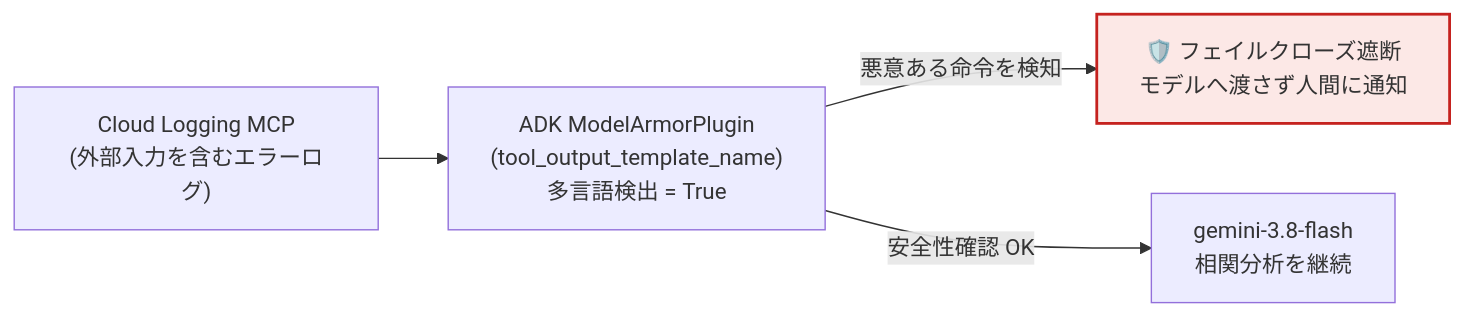
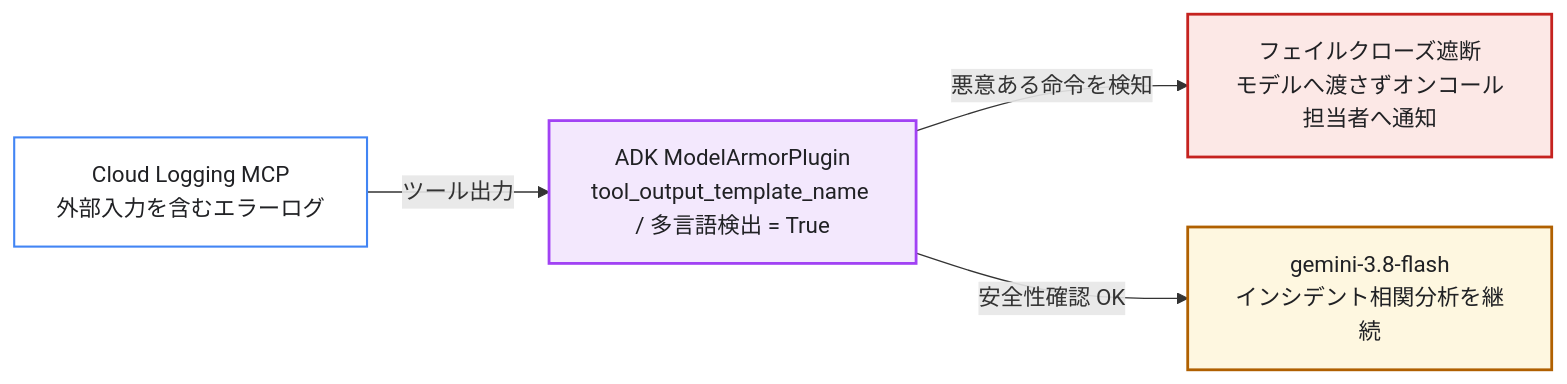
The second of 2 diagrams in docs/06-optional-hardening-and-cleanup.md (tyorikan/agentic-sre-handson), drawn with Mermaid before and after one commit. The commit also changed other lines of this file and 26 other files, not shown here.

Commit message:
docs: プロダクトアイコン付き構成図・シーケンス図 PNG (全19図) の追加と折りたたみ Mermaid 定義の精緻化

````diff
--- a/docs/06-optional-hardening-and-cleanup.md
+++ b/docs/06-optional-hardening-and-cleanup.md
@@ -60,8 +75,15 @@
 ```mermaid
 flowchart LR
-    LogTool["Cloud Logging MCP<br/>(外部入力を含むエラーログ)"] --> Plugin["ADK ModelArmorPlugin<br/>(tool_output_template_name)<br/>多言語検出 = True"]
-    Plugin -->|"悪意ある命令を検知"| Block["🛡️ フェイルクローズ遮断<br/>モデルへ渡さず人間に通知"]
-    Plugin -->|"安全性確認 OK"| Model["gemini-3.8-flash<br/>相関分析を継続"]
+    LogTool["Cloud Logging MCP<br/>外部入力を含むエラーログ"] -->|"ツール出力"| Plugin["ADK ModelArmorPlugin<br/>tool_output_template_name / 多言語検出 = True"]
+    Plugin -->|"悪意ある命令を検知"| Block["フェイルクローズ遮断<br/>モデルへ渡さずオンコール担当者へ通知"]
+    Plugin -->|"安全性確認 OK"| Model["gemini-3.8-flash<br/>インシデント相関分析を継続"]
 
-    style Block fill:#fce8e6,stroke:#c5221f,stroke-width:2px
+    classDef base fill:#ffffff,stroke:#4285F4,stroke-width:1.5px,color:#202124;
+    classDef guard fill:#f3e8fd,stroke:#A142F4,stroke-width:2px,color:#202124;
+    classDef block fill:#fce8e6,stroke:#c5221f,stroke-width:2px,color:#202124;
+    classDef llm fill:#fef7e0,stroke:#b06000,stroke-width:2px,color:#202124;
+    class LogTool base;
+    class Plugin guard;
+    class Block block;
+    class Model llm;
 ```
````
